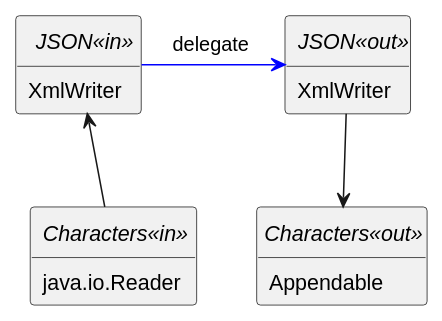
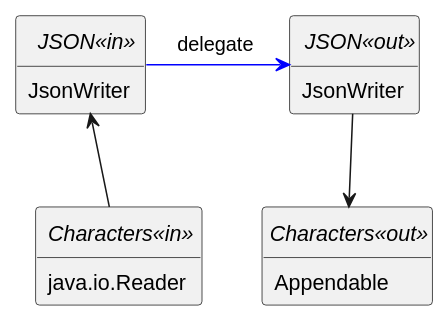
Before and after one commit to Calpano/graphinout: the fifth of 6 diagrams in base/src/main/java/com/calpano/graphinout/overview.adoc, drawn with PlantUML. The commit also changed other lines of this file and 4 other files, not shown here.

Commit message:
add rawXml to CJ writer

```diff
--- a/base/src/main/java/com/calpano/graphinout/overview.adoc
+++ b/base/src/main/java/com/calpano/graphinout/overview.adoc
@@ -246,27 +246,27 @@
 [plantuml]
 ....
 hide empty members
 hide circle
 
 ' fix plantuml font rendering
 skinparam lengthAdjust none
 skinparam padding 2
 
 interface Characters_in as "Characters<<in>>" {
     java.io.Reader
 }
 interface JSON_in as "JSON<<in>>" {
-    XmlWriter
+    JsonWriter
 }
 'out
 interface Characters_out as "Characters<<out>>" {
     Appendable
 }
 interface JSON_out as "JSON<<out>>" {
-    XmlWriter
+    JsonWriter
 }
 Characters_in -[hidden]> Characters_out
 Characters_in --u> JSON_in
 JSON_out --> Characters_out
 JSON_in -[#blue]> JSON_out : delegate
 ....
```
